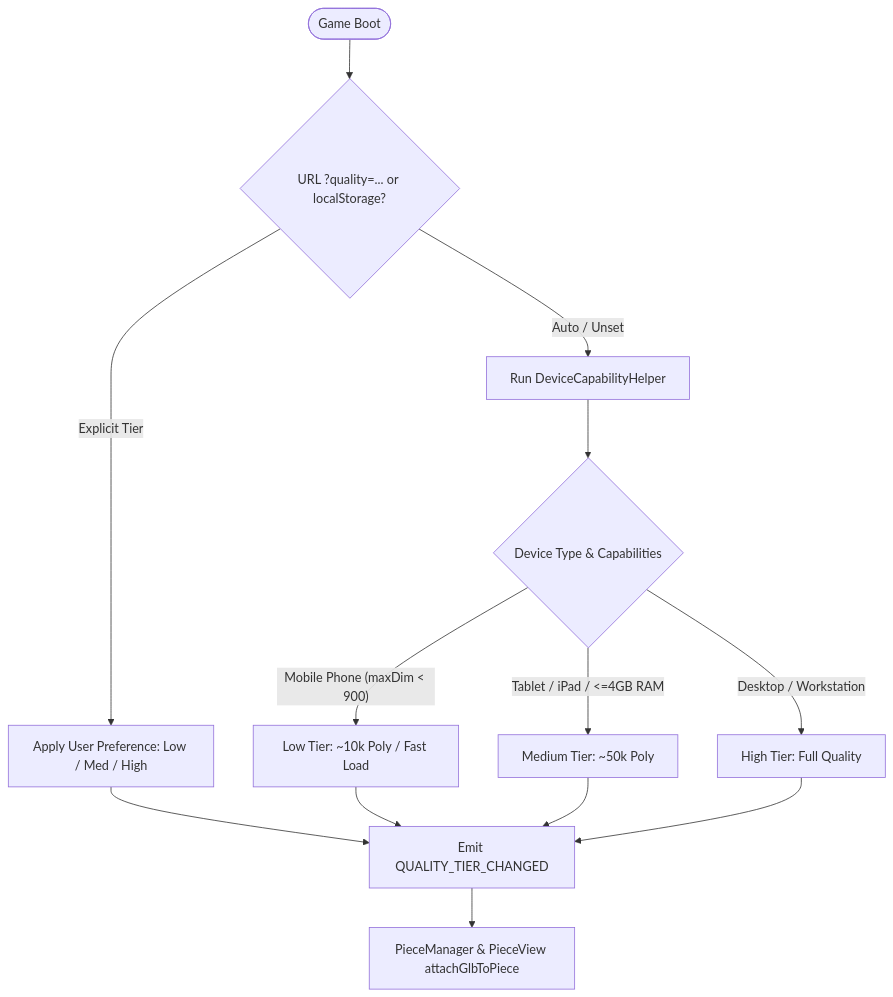
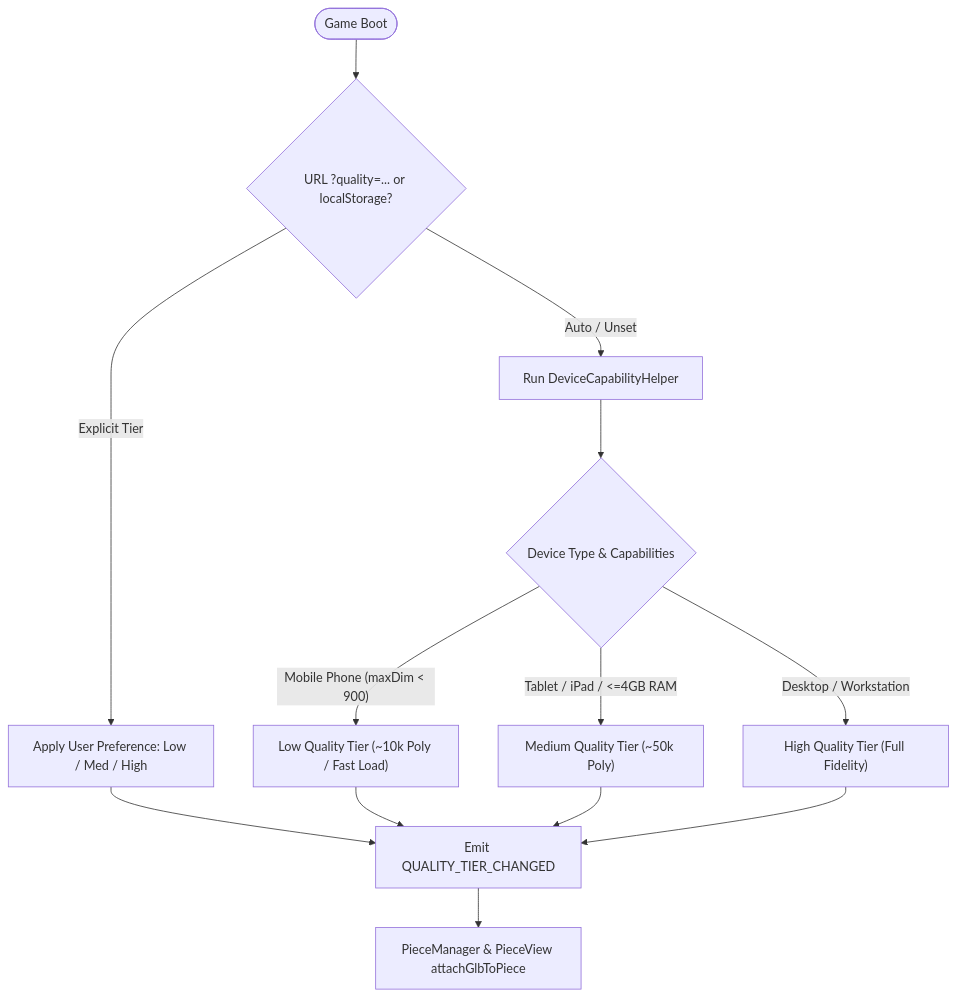
The diagram in docs/LOD_BENCHMARK.md (palladius/carchess3d), drawn with Mermaid before and after one commit. The commit also changed other lines of this file and 48 other files, not shown here.

````diff
--- a/docs/LOD_BENCHMARK.md
+++ b/docs/LOD_BENCHMARK.md
@@ -30,17 +40,17 @@
 ```mermaid
 flowchart TD
     Boot([Game Boot]) --> ReadOverride{URL ?quality=... or localStorage?}
     ReadOverride -- Explicit Tier --> ApplyTier[Apply User Preference: Low / Med / High]
     ReadOverride -- Auto / Unset --> Detect[Run DeviceCapabilityHelper]
 
     Detect --> DevType{Device Type & Capabilities}
-    DevType -- Mobile Phone (maxDim < 900) --> TierLow[Low Tier: ~10k Poly / Fast Load]
-    DevType -- Tablet / iPad / <=4GB RAM --> TierMed[Medium Tier: ~50k Poly]
-    DevType -- Desktop / Workstation --> TierHigh[High Tier: Full Quality]
+    DevType -- Mobile Phone (maxDim < 900) --> TierLow["Low Quality Tier (~10k Poly / Fast Load)"]
+    DevType -- Tablet / iPad / <=4GB RAM --> TierMed["Medium Quality Tier (~50k Poly)"]
+    DevType -- Desktop / Workstation --> TierHigh["High Quality Tier (Full Fidelity)"]
 
     ApplyTier --> Event[Emit QUALITY_TIER_CHANGED]
     TierLow --> Event
     TierMed --> Event
     TierHigh --> Event
     Event --> PieceManager[PieceManager & PieceView attachGlbToPiece]
 ```
````
